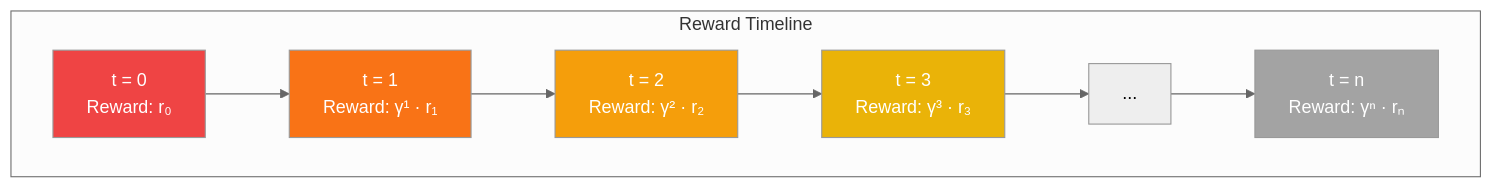
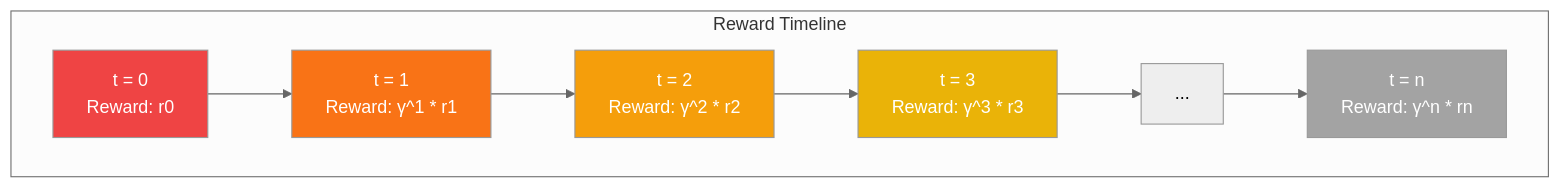
The seventh of 9 diagrams in 02_Markov_Decision_Process(MDPs)/README.md (Abhijit1102/reinforcement_learning), drawn with Mermaid (neutral theme) before and after one commit. The commit also changed other lines of this file, not shown here.

Commit message:
chapter 2 readme imporve mermaid

````diff
--- a/02_Markov_Decision_Process(MDPs)/README.md
+++ b/02_Markov_Decision_Process(MDPs)/README.md
@@ -165,21 +165,21 @@
 ```mermaid
 graph LR
     subgraph "Reward Timeline"
         direction LR
 
-        Now["t = 0<br/>Reward: r₀"]
-        T1["t = 1<br/>Reward: γ¹ · r₁"]
-        T2["t = 2<br/>Reward: γ² · r₂"]
-        T3["t = 3<br/>Reward: γ³ · r₃"]
+        Now["t = 0<br/>Reward: r0"]
+        T1["t = 1<br/>Reward: γ^1 * r1"]
+        T2["t = 2<br/>Reward: γ^2 * r2"]
+        T3["t = 3<br/>Reward: γ^3 * r3"]
         Dots["..."]
-        Tn["t = n<br/>Reward: γⁿ · rₙ"]
+        Tn["t = n<br/>Reward: γ^n * rn"]
 
         Now --> T1 --> T2 --> T3 --> Dots --> Tn
     end
 
     style Now fill:#ef4444,color:#fff
     style T1 fill:#f97316,color:#fff
     style T2 fill:#f59e0b,color:#fff
     style T3 fill:#eab308,color:#fff
     style Tn fill:#a3a3a3,color:#fff
 ```
````
